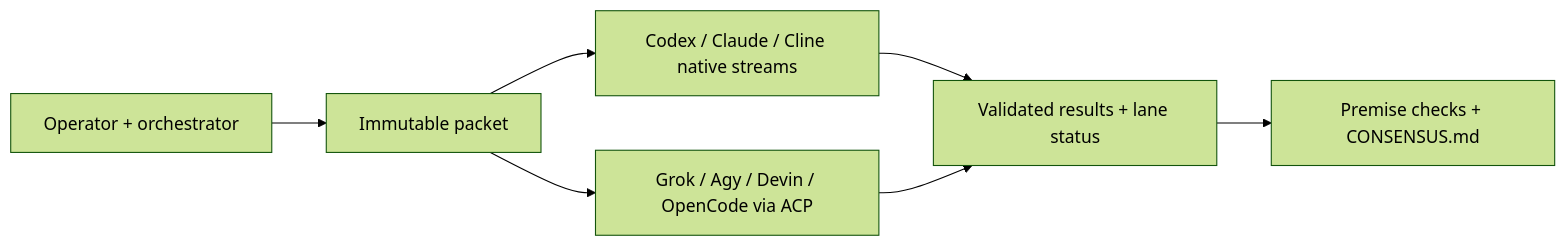
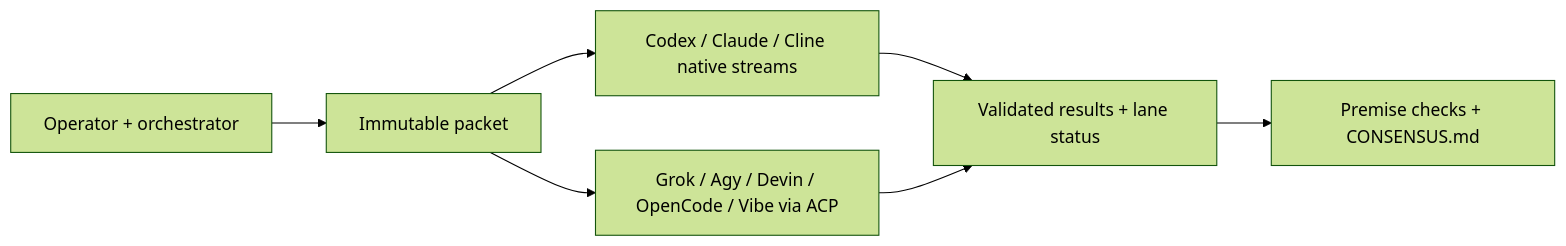
The diagram in README.md (yarco/xcheck), drawn with Mermaid (forest theme) before and after one commit. The commit also changed other lines of this file and 7 other files, not shown here.

````diff
--- a/README.md
+++ b/README.md
@@ -7,9 +7,9 @@
 ```mermaid
 flowchart LR
     A[Operator + orchestrator] --> B[Immutable packet]
     B --> C[Codex / Claude / Cline native streams]
-    B --> D[Grok / Agy / Devin / OpenCode via ACP]
+    B --> D[Grok / Agy / Devin / OpenCode / Vibe via ACP]
     C --> E[Validated results + lane status]
     D --> E
     E --> F[Premise checks + CONSENSUS.md]
 ```
````
